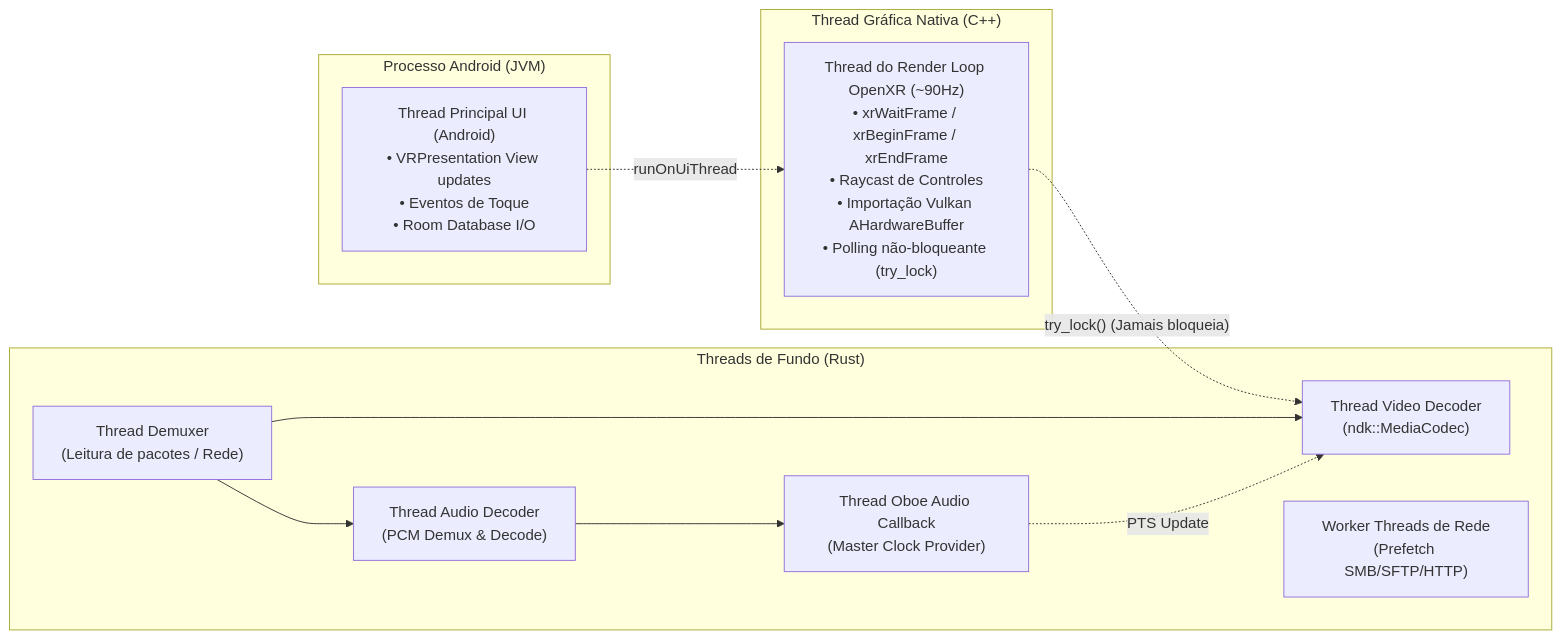
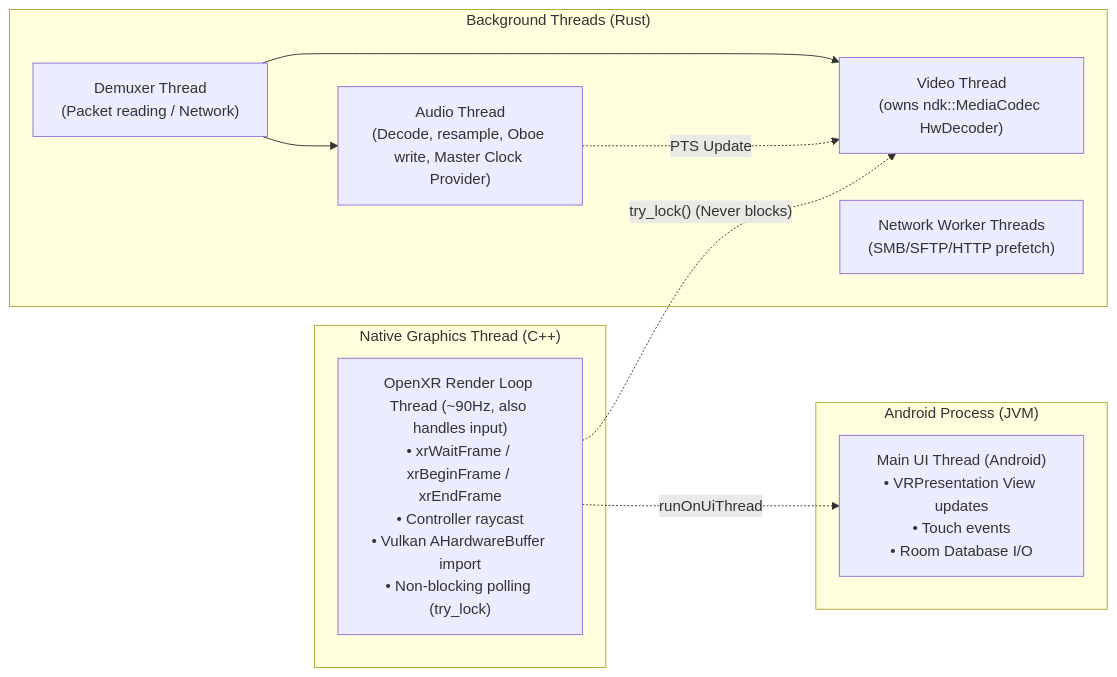
Before and after one commit to BGLuis/tucaVR: the fourth of 8 diagrams in docs/ARCHITECTURE.md, drawn with Mermaid. The commit also changed other lines of this file and 4 other files, not shown here.

````diff
--- a/docs/ARCHITECTURE.md
+++ b/docs/ARCHITECTURE.md
@@ -284,25 +295,23 @@
 ```mermaid
 graph LR
-    subgraph ANDROID_VM ["Processo Android (JVM)"]
-        UI_THREAD["Thread Principal UI (Android)\n• VRPresentation View updates\n• Eventos de Toque\n• Room Database I/O"]
+    subgraph ANDROID_VM ["Android Process (JVM)"]
+        UI_THREAD["Main UI Thread (Android)\n• VRPresentation View updates\n• Touch events\n• Room Database I/O"]
     end
 
-    subgraph OPENXR_NATIVE ["Thread Gráfica Nativa (C++)"]
-        RENDER_THREAD["Thread do Render Loop OpenXR (~90Hz)\n• xrWaitFrame / xrBeginFrame / xrEndFrame\n• Raycast de Controles\n• Importação Vulkan AHardwareBuffer\n• Polling não-bloqueante (try_lock)"]
+    subgraph OPENXR_NATIVE ["Native Graphics Thread (C++)"]
+        RENDER_THREAD["OpenXR Render Loop Thread (~90Hz, also handles input)\n• xrWaitFrame / xrBeginFrame / xrEndFrame\n• Controller raycast\n• Vulkan AHardwareBuffer import\n• Non-blocking polling (try_lock)"]
     end
 
-    subgraph RUST_WORKERS ["Threads de Fundo (Rust)"]
-        DEMUX_T["Thread Demuxer\n(Leitura de pacotes / Rede)"]
-        DECODE_V_T["Thread Video Decoder\n(ndk::MediaCodec)"]
-        DECODE_A_T["Thread Audio Decoder\n(PCM Demux & Decode)"]
-        OBOE_T["Thread Oboe Audio Callback\n(Master Clock Provider)"]
-        NET_T["Worker Threads de Rede\n(Prefetch SMB/SFTP/HTTP)"]
+    subgraph RUST_WORKERS ["Background Threads (Rust)"]
+        DEMUX_T["Demuxer Thread\n(Packet reading / Network)"]
+        DECODE_V_T["Video Thread\n(owns ndk::MediaCodec HwDecoder)"]
+        DECODE_A_T["Audio Thread\n(Decode, resample, Oboe write, Master Clock Provider)"]
+        NET_T["Network Worker Threads\n(SMB/SFTP/HTTP prefetch)"]
     end
 
-    RENDER_THREAD -. "try_lock() (Jamais bloqueia)" .-> DECODE_V_T
-    UI_THREAD -. "runOnUiThread" .-> RENDER_THREAD
+    RENDER_THREAD -. "try_lock() (Never blocks)" .-> DECODE_V_T
+    RENDER_THREAD -. "runOnUiThread" .-> UI_THREAD
     DEMUX_T --> DECODE_V_T
     DEMUX_T --> DECODE_A_T
-    DECODE_A_T --> OBOE_T
-    OBOE_T -. "PTS Update" .-> DECODE_V_T
+    DECODE_A_T -. "PTS Update" .-> DECODE_V_T
 ```
````
